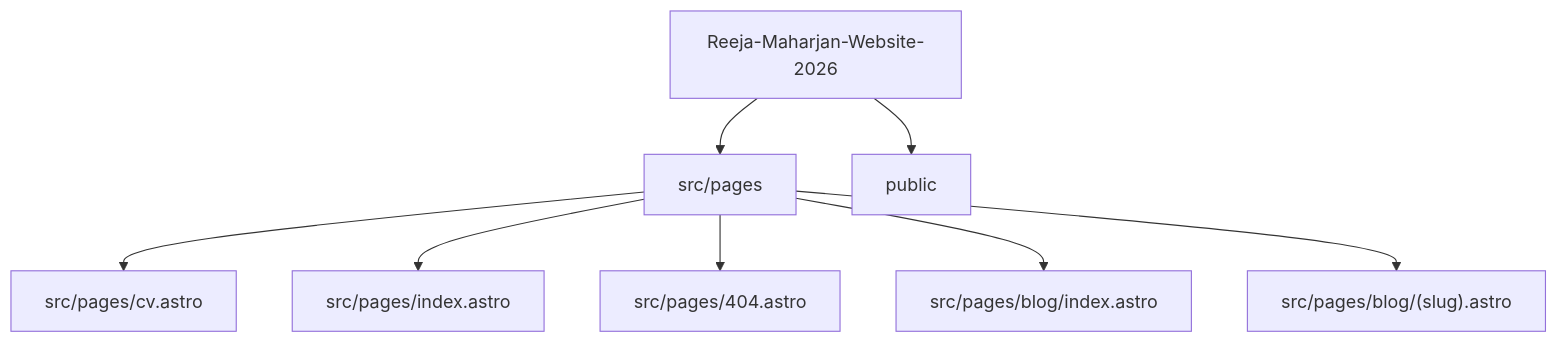
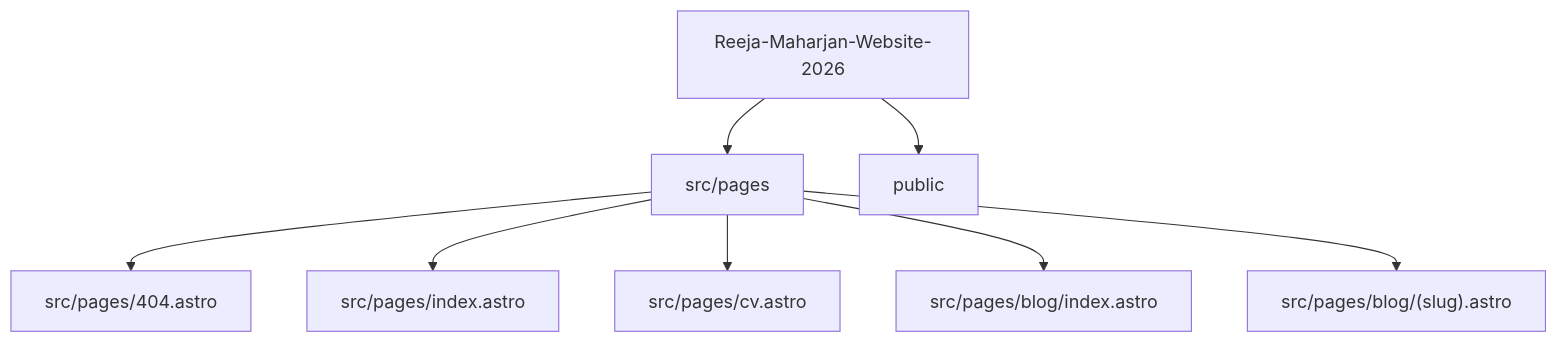
The second of 5 diagrams in README.md (Nischhalsubba/Reeja-Maharjan-Website-2026), drawn with Mermaid before and after one commit.

Commit message:
docs: apply designer README standard

````diff
--- a/README.md
+++ b/README.md
@@ -94,11 +94,11 @@
 ```mermaid
 flowchart TD
     APP["Reeja-Maharjan-Website-2026"]
     APP --> R0["src/pages"]
     APP --> R1["public"]
-    R0 --> F0["src/pages/cv.astro"]
+    R0 --> F0["src/pages/404.astro"]
     R0 --> F1["src/pages/index.astro"]
-    R0 --> F2["src/pages/404.astro"]
+    R0 --> F2["src/pages/cv.astro"]
     R0 --> F3["src/pages/blog/index.astro"]
     R0 --> F4["src/pages/blog/(slug).astro"]
 ```
````
